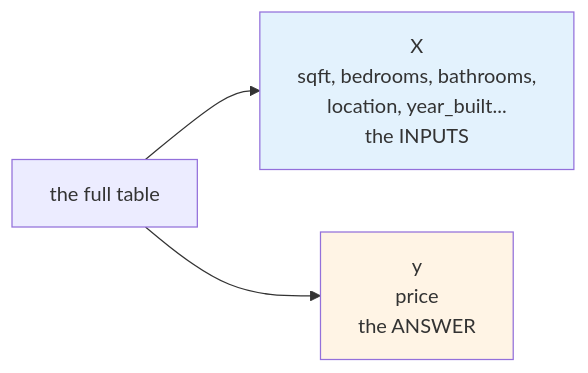
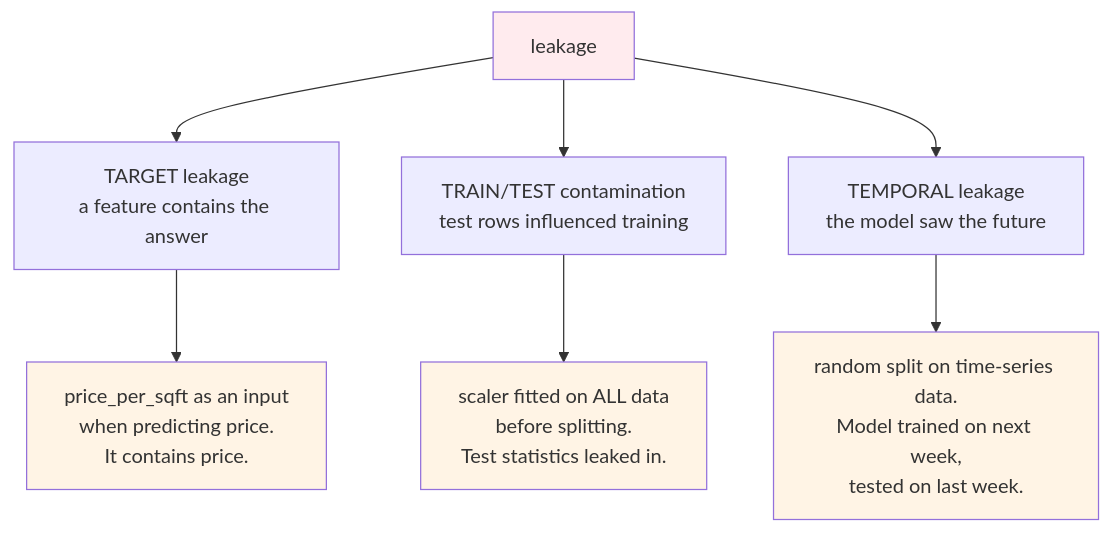
Before and after one commit to schoolofdevops/402-mlops-site: the sixth of 8 diagrams in site/docs/m3-data-to-model/lesson.mdx, drawn with Mermaid. The commit also changed other lines of this file, not shown here.

````diff
--- a/site/docs/m3-data-to-model/lesson.mdx
+++ b/site/docs/m3-data-to-model/lesson.mdx
@@ -218,8 +242,15 @@
 ```mermaid
-flowchart LR
-    D["the full table"] --> X["X<br/>sqft, bedrooms, bathrooms,<br/>location, year_built...<br/>the INPUTS"]
-    D --> Y["y<br/>price<br/>the ANSWER"]
+flowchart TB
+    L["leakage"] --> L1["TARGET leakage<br/>a feature contains the answer"]
+    L --> L2["TRAIN/TEST contamination<br/>test rows influenced training"]
+    L --> L3["TEMPORAL leakage<br/>the model saw the future"]
 
-    style X fill:#e3f2fd
-    style Y fill:#fff4e5
+    L1 --> E1["price_per_sqft as an input<br/>when predicting price.<br/>It contains price."]
+    L2 --> E2["scaler fitted on ALL data<br/>before splitting.<br/>Test statistics leaked in."]
+    L3 --> E3["random split on time-series data.<br/>Model trained on next week,<br/>tested on last week."]
+
+    style L fill:#ffebee
+    style E1 fill:#fff4e5
+    style E2 fill:#fff4e5
+    style E3 fill:#fff4e5
 ```
````
